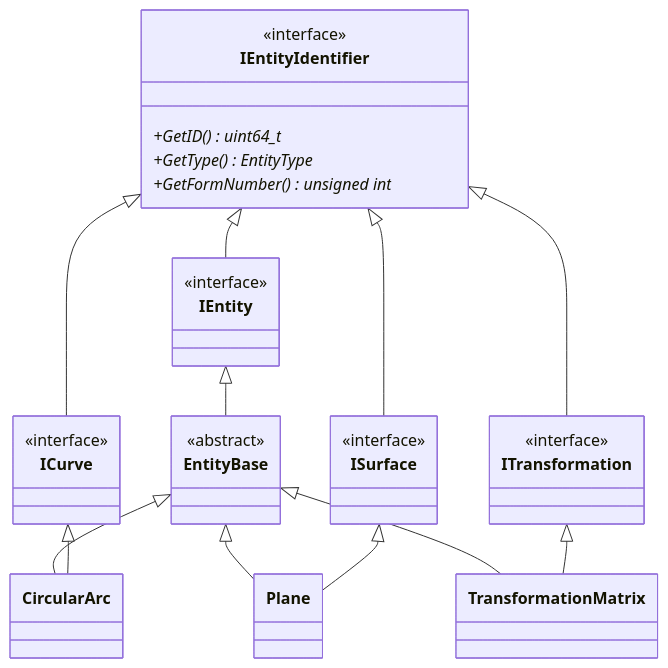
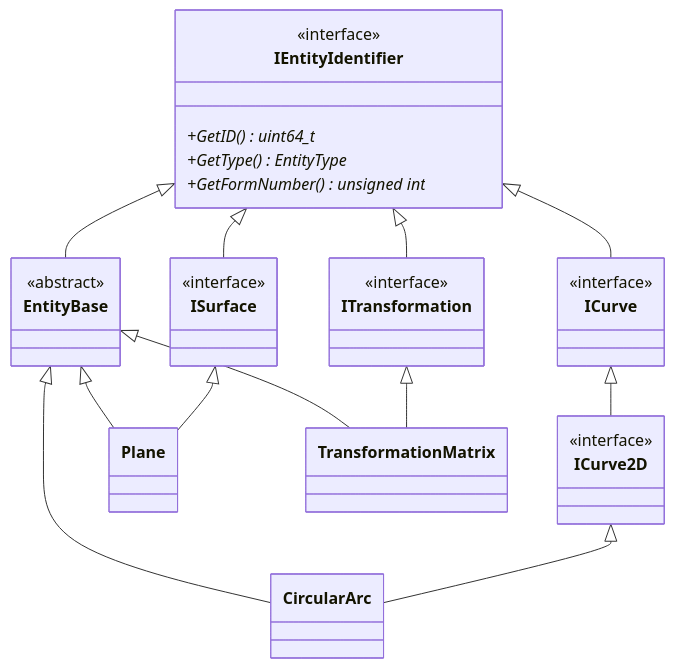
Before and after one commit to YayoiHabami/IGESio: the diagram in docs/entities/entity_base_class_architecture_ja.md, drawn with Mermaid. The commit also changed other lines of this file and 37 other files, not shown here.

````diff
--- a/docs/entities/entity_base_class_architecture_ja.md
+++ b/docs/entities/entity_base_class_architecture_ja.md
@@ -24,47 +34,48 @@
 ```mermaid
 classDiagram
     class IEntityIdentifier {
         <<interface>>
         +GetID()* uint64_t
         +GetType()* EntityType
         +GetFormNumber()* unsigned int
     }
 
-    class IEntity {
-        <<interface>>
-    }
-
     class ITransformation {
         <<interface>>
     }
 
     class ICurve {
+        <<interface>>
+    }
+
+    class ICurve2D {
         <<interface>>
     }
 
     class ISurface {
         <<interface>>
     }
 
     class EntityBase {
         <<abstract>>
     }
 
     class CircularArc
     class Plane
     class TransformationMatrix
 
-    IEntityIdentifier <|-- IEntity
     IEntityIdentifier <|-- ITransformation
     IEntityIdentifier <|-- ICurve
     IEntityIdentifier <|-- ISurface
+    IEntityIdentifier <|-- EntityBase
 
-    IEntity <|-- EntityBase
+    ICurve <|-- ICurve2D
+
     EntityBase <|-- CircularArc
     EntityBase <|-- Plane
     EntityBase <|-- TransformationMatrix
 
     ITransformation <|-- TransformationMatrix
-    ICurve <|-- CircularArc
+    ICurve2D <|-- CircularArc
     ISurface <|-- Plane
 ```
````
